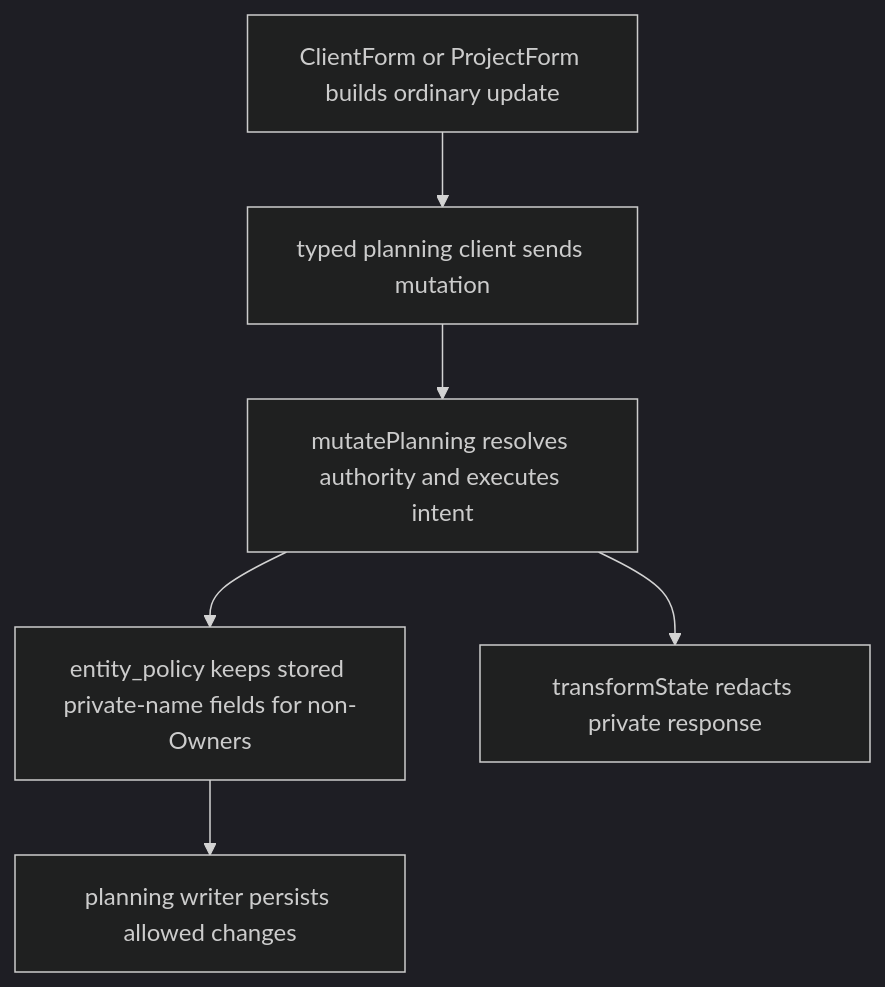
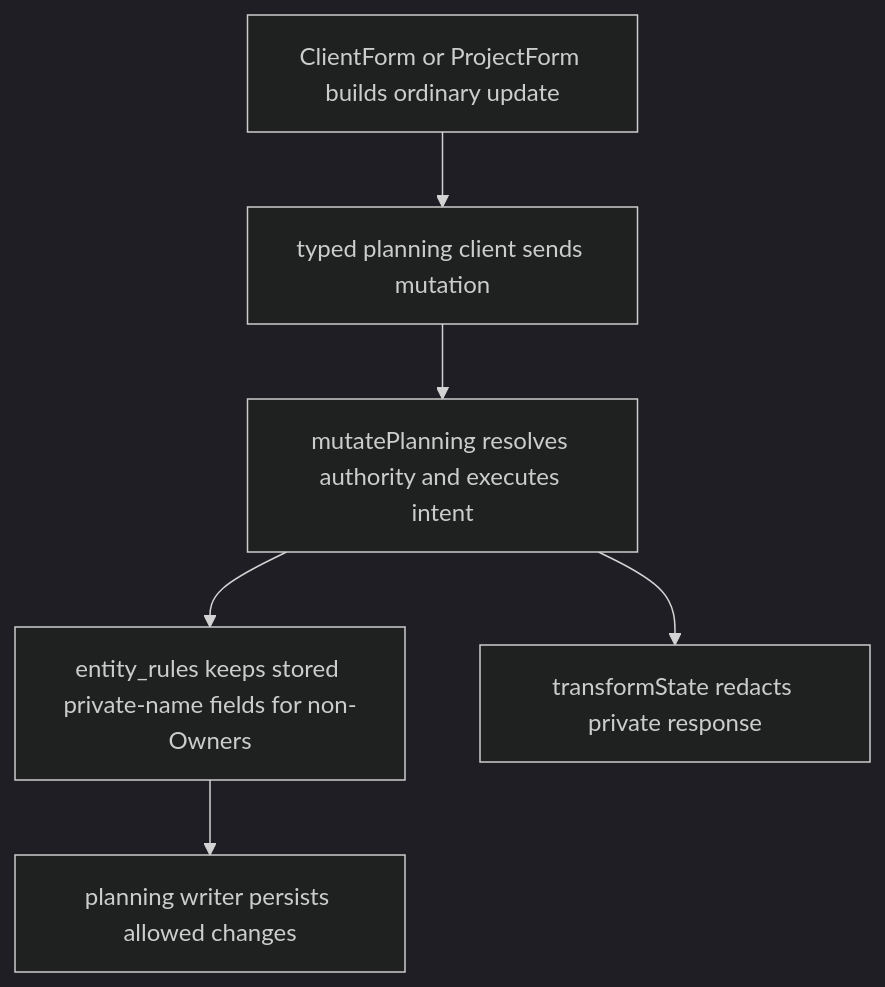
The second of 2 diagrams in user-stories/privacy/US-PRI-02-preserve-private-identities-on-writes.md (Kevinjohn/capacitylens), drawn with Mermaid (dark theme) before and after one commit. The commit also changed other lines of this file and 8 other files, not shown here.

First line of the commit message:
Entity rules: rename planning/entity_policy.ts to entity_rules.ts

````diff
--- a/user-stories/privacy/US-PRI-02-preserve-private-identities-on-writes.md
+++ b/user-stories/privacy/US-PRI-02-preserve-private-identities-on-writes.md
@@ -31,8 +31,8 @@
 ```mermaid
 flowchart TD
   ui["ClientForm or ProjectForm builds ordinary update"] --> client["typed planning client sends mutation"]
   client --> server["mutatePlanning resolves authority and executes intent"]
-  server --> policy["entity_policy keeps stored private-name fields for non-Owners"]
-  policy --> writer["planning writer persists allowed changes"]
+  server --> rules["entity_rules keeps stored private-name fields for non-Owners"]
+  rules --> writer["planning writer persists allowed changes"]
   server --> response["transformState redacts private response"]
 ```
````
